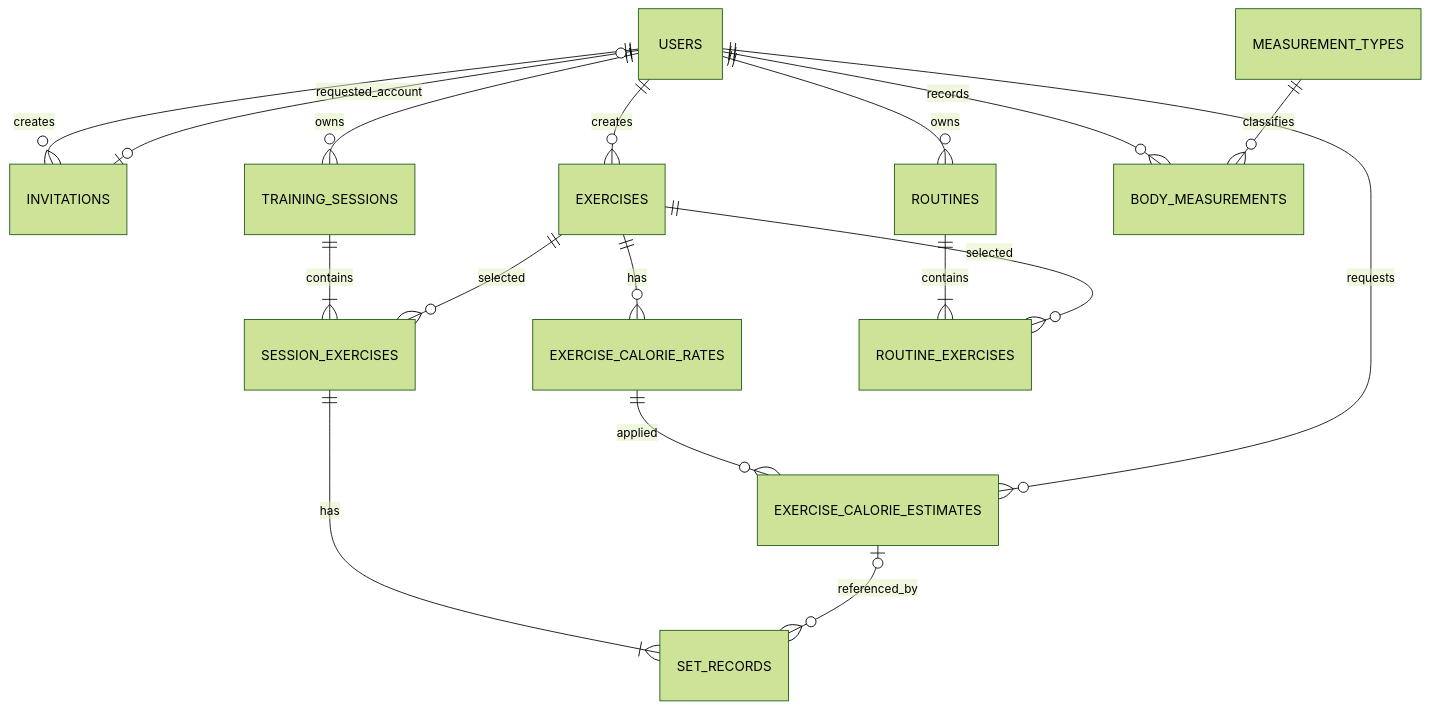
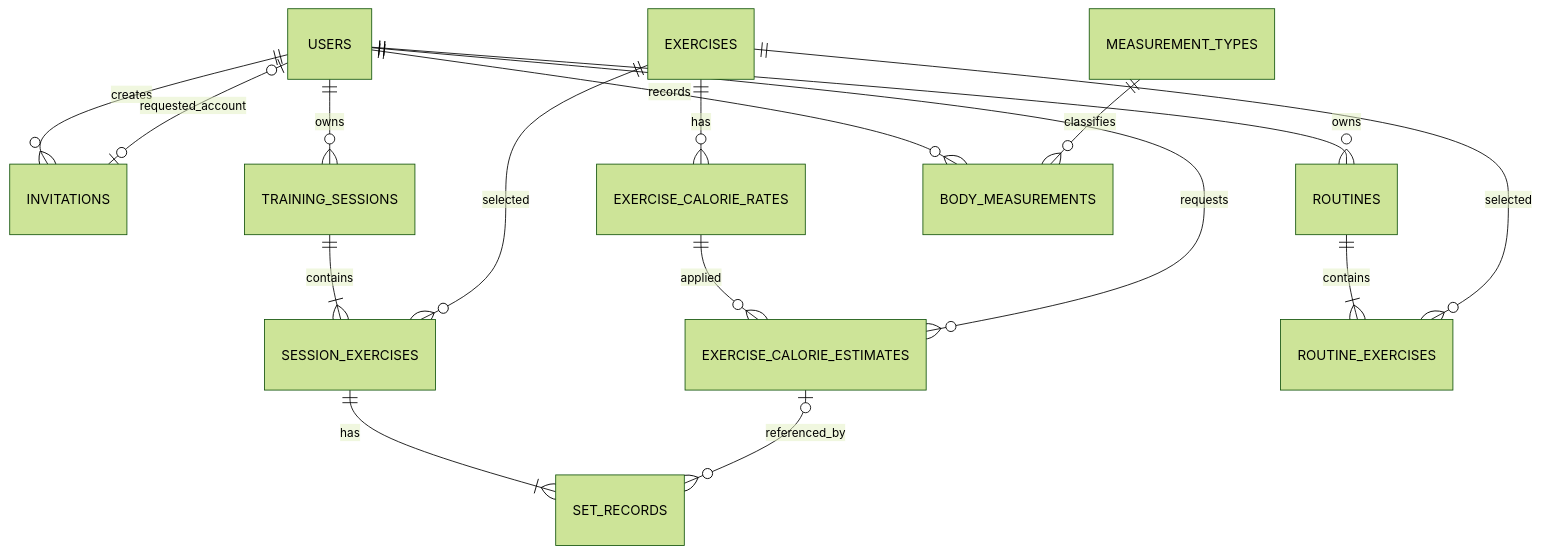
Before and after one commit to trainingApp-devteam/trainingApp: the diagram in docs/detailed-design/data-design.md, drawn with Mermaid (forest theme). The commit also changed other lines of this file and 48 other files, not shown here.

````diff
--- a/docs/detailed-design/data-design.md
+++ b/docs/detailed-design/data-design.md
@@ -23,19 +23,18 @@
 ```mermaid
 erDiagram
     USERS ||--o{ INVITATIONS : creates
     USERS ||--o{ TRAINING_SESSIONS : owns
     USERS ||--o{ ROUTINES : owns
-    USERS ||--o{ EXERCISES : creates
     EXERCISES ||--o{ EXERCISE_CALORIE_RATES : has
     USERS ||--o{ BODY_MEASUREMENTS : records
     MEASUREMENT_TYPES ||--o{ BODY_MEASUREMENTS : classifies
     INVITATIONS o|--o| USERS : requested_account
     TRAINING_SESSIONS ||--|{ SESSION_EXERCISES : contains
     EXERCISES ||--o{ SESSION_EXERCISES : selected
     SESSION_EXERCISES ||--|{ SET_RECORDS : has
     EXERCISE_CALORIE_RATES ||--o{ EXERCISE_CALORIE_ESTIMATES : applied
     USERS ||--o{ EXERCISE_CALORIE_ESTIMATES : requests
     EXERCISE_CALORIE_ESTIMATES o|--o{ SET_RECORDS : referenced_by
     ROUTINES ||--|{ ROUTINE_EXERCISES : contains
     EXERCISES ||--o{ ROUTINE_EXERCISES : selected
 ```
````
